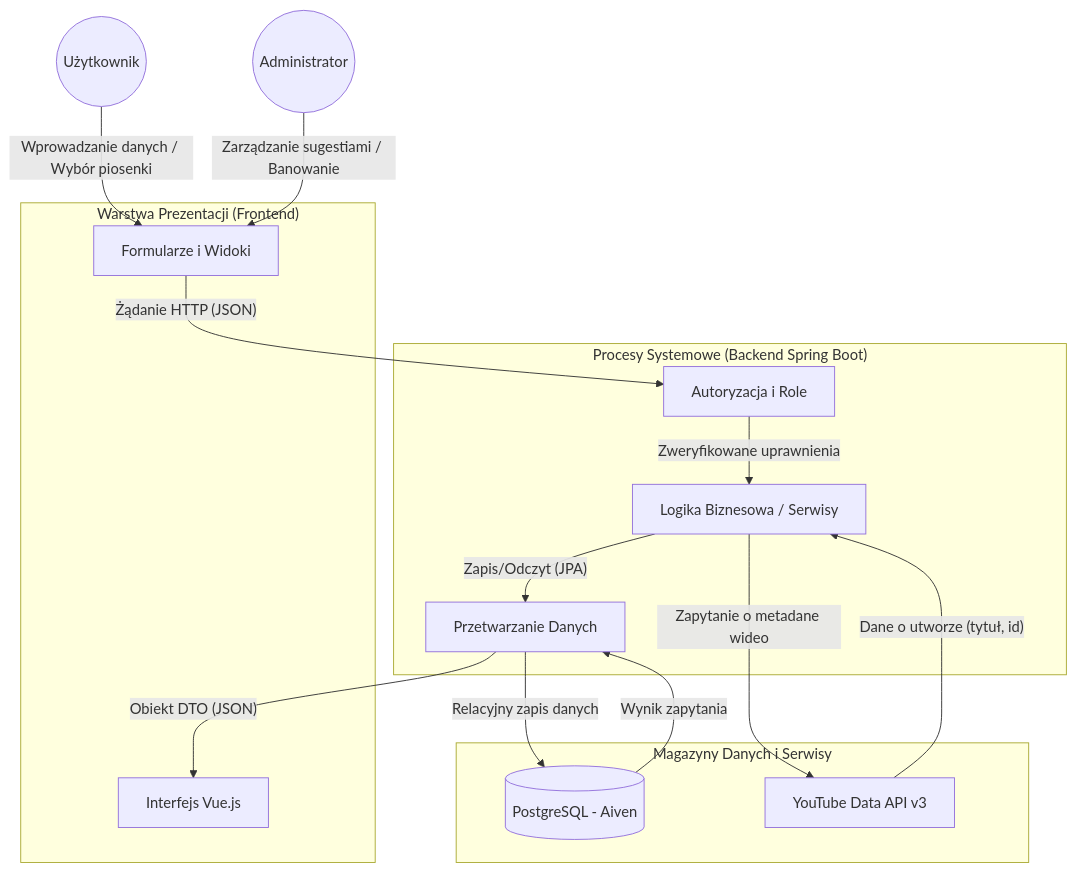
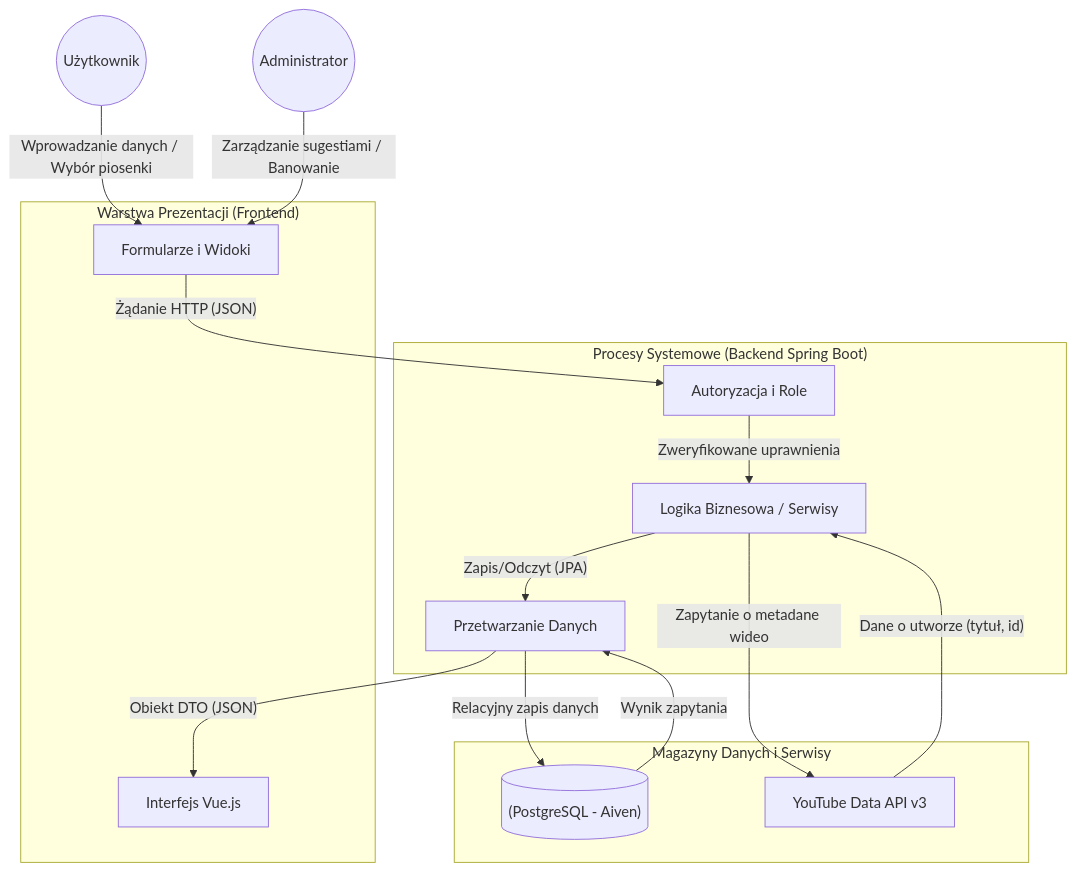
Before and after one commit to xNelion21/dokumentacjaWDZP: the diagram in docs/architektura.md, drawn with Mermaid. The commit also changed 13 other files, not shown here.

````diff
--- a/docs/architektura.md
+++ b/docs/architektura.md
@@ -5,40 +5,40 @@
 ```mermaid
 
-graph TD
+graph 
     %% Definicja aktorów
-    User((Użytkownik))
-    Admin((Administrator))
+    User(("Użytkownik"))
+    Admin(("Administrator"))
 
     subgraph "Warstwa Prezentacji (Frontend)"
-        UI[Interfejs Vue.js]
-        Forms[Formularze i Widoki]
+        UI["Interfejs Vue.js"]
+        Forms["Formularze i Widoki"]
     end
 
     subgraph "Procesy Systemowe (Backend Spring Boot)"
-        Auth[Autoryzacja i Role]
-        Logic[Logika Biznesowa / Serwisy]
-        DataProc[Przetwarzanie Danych]
+        Auth["Autoryzacja i Role"]
+        Logic["Logika Biznesowa / Serwisy"]
+        DataProc["Przetwarzanie Danych"]
     end
 
     subgraph "Magazyny Danych i Serwisy"
-        DB[(PostgreSQL - Aiven)]
-        YT[YouTube Data API v3]
+        DB[("(PostgreSQL - Aiven)")]
+        YT["YouTube Data API v3"]
     end
 
     %% Przepływ danych
     User -- "Wprowadzanie danych / Wybór piosenki" --> Forms
     Admin -- "Zarządzanie sugestiami / Banowanie" --> Forms
     
     Forms -- "Żądanie HTTP (JSON)" --> Auth
     Auth -- "Zweryfikowane uprawnienia" --> Logic
     
     Logic -- "Zapytanie o metadane wideo" --> YT
     YT -- "Dane o utworze (tytuł, id)" --> Logic
     
     Logic -- "Zapis/Odczyt (JPA)" --> DataProc
     DataProc -- "Relacyjny zapis danych" --> DB
     DB -- "Wynik zapytania" --> DataProc
     
     DataProc -- "Obiekt DTO (JSON)" --> UI
 
 ```
````
